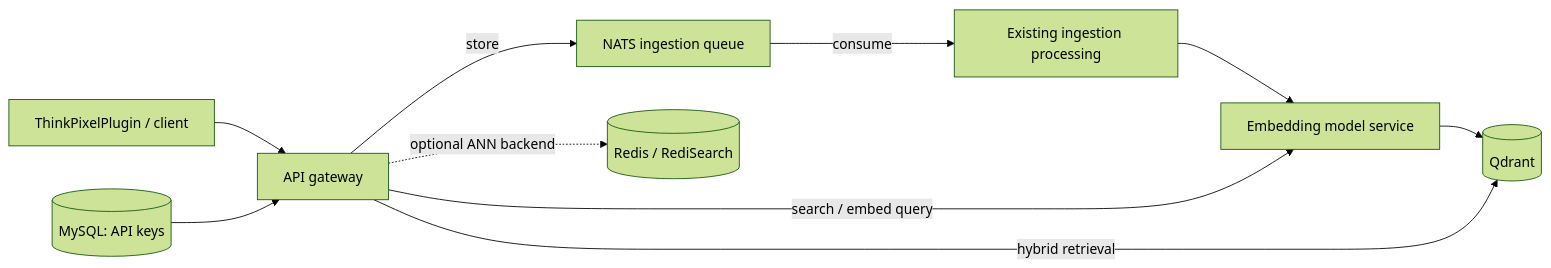
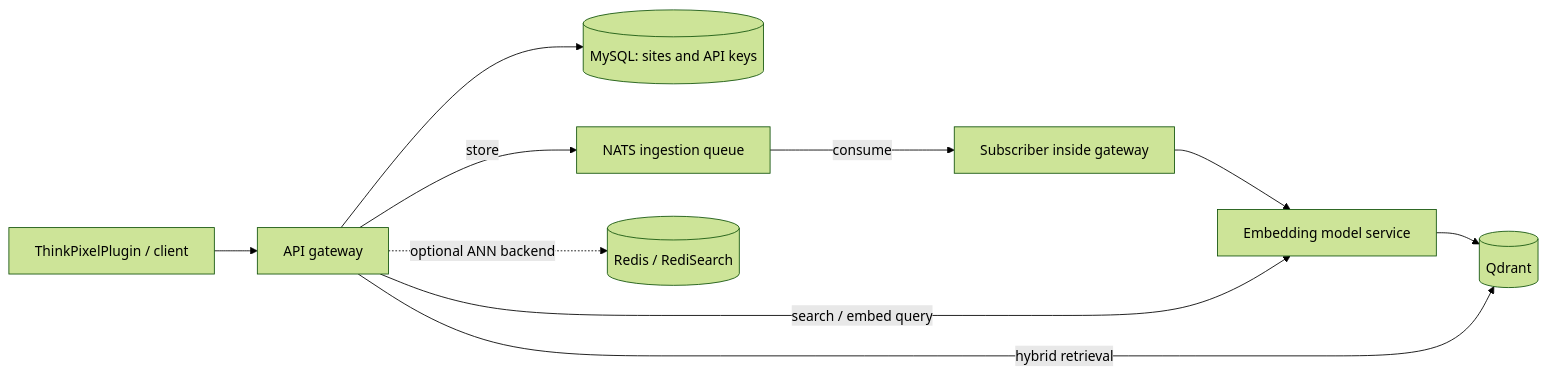
The diagram in README.md (bdobrica/ThinkPixelSR), drawn with Mermaid (forest theme) before and after one commit. The commit also changed other lines of this file and 11 other files, not shown here.

````diff
--- a/README.md
+++ b/README.md
@@ -22,12 +22,12 @@
 ```mermaid
 flowchart LR
   WP[ThinkPixelPlugin / client] --> GW[API gateway]
-  AUTH[(MySQL: API keys)] --> GW
+  GW --> AUTH[(MySQL: sites and API keys)]
   GW -->|store| NATS[NATS ingestion queue]
-  NATS -->|consume| ING[Existing ingestion processing]
+  NATS -->|consume| ING[Subscriber inside gateway]
   ING --> EMB[Embedding model service]
   EMB --> Q[(Qdrant)]
   GW -->|search / embed query| EMB
   GW -->|hybrid retrieval| Q
   GW -.->|optional ANN backend| R[(Redis / RediSearch)]
 ```
````
